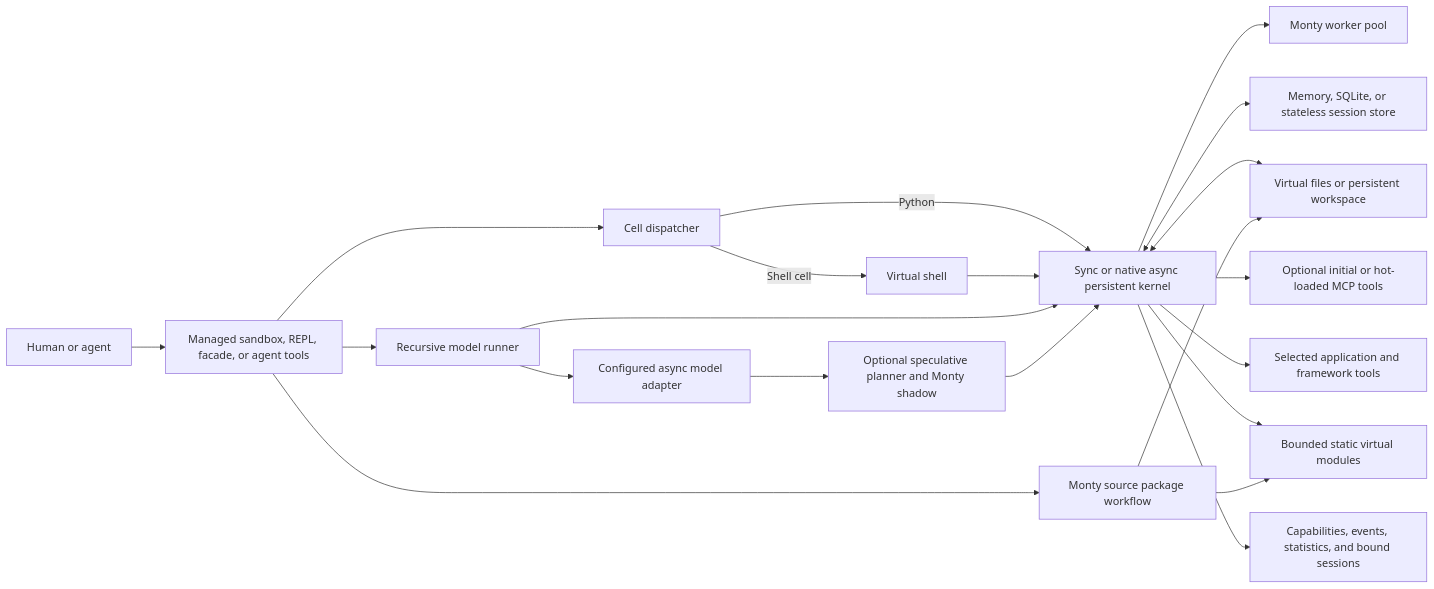
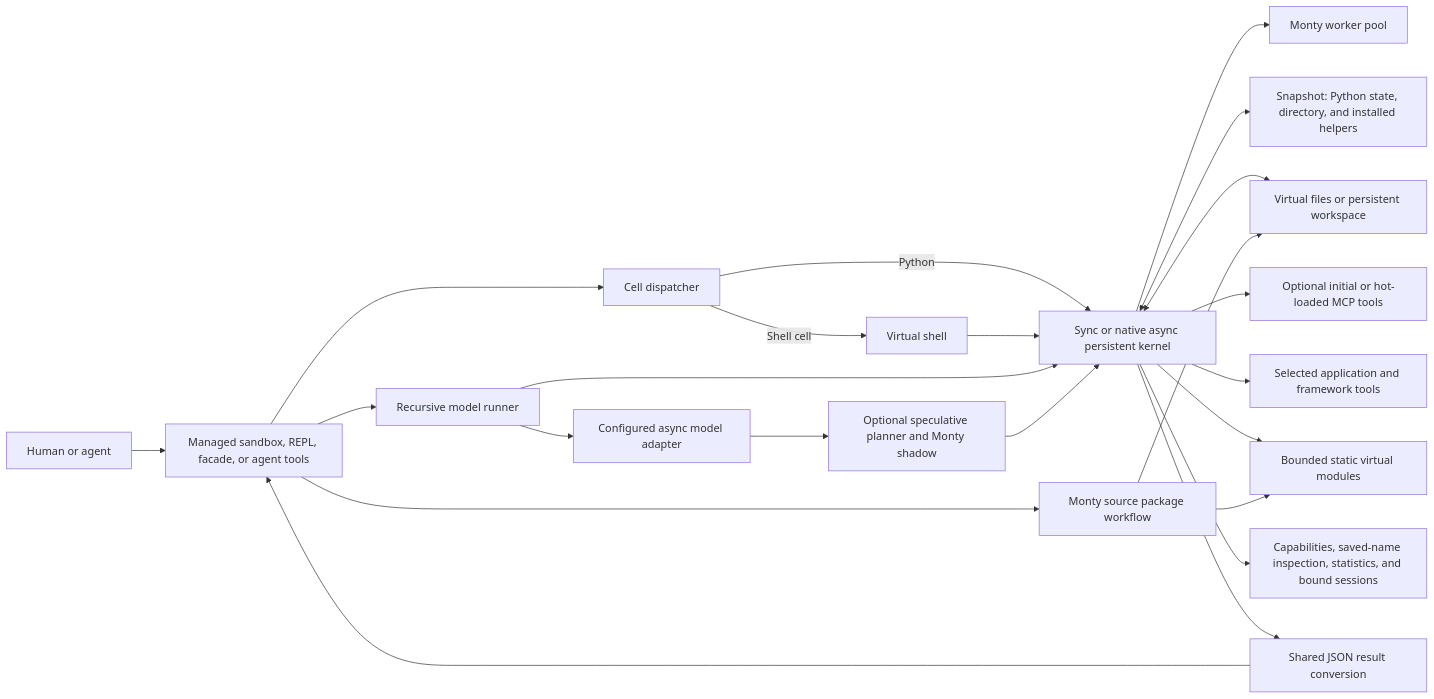
One commit to sgaseretto/arenero changed the first of 3 diagrams in README.md. Above: the diagram before and after it, drawn with Mermaid. The commit also changed other lines of this file and 26 other files, not shown here.

````diff
--- a/README.md
+++ b/README.md
@@ -18,23 +18,25 @@
 ```mermaid
 flowchart LR
     User["Human or agent"] --> Interface["Managed sandbox, REPL, facade, or agent tools"]
     Interface --> Cell["Cell dispatcher"]
     Cell -->|Python| Kernel["Sync or native async persistent kernel"]
     Cell -->|Shell cell| Shell["Virtual shell"]
     Shell --> Kernel
     Kernel --> Worker["Monty worker pool"]
-    Kernel <--> Store["Memory, SQLite, or stateless session store"]
+    Kernel <--> Store["Snapshot: Python state, directory, and installed helpers"]
     Kernel <--> Files["Virtual files or persistent workspace"]
     Kernel --> MCP["Optional initial or hot-loaded MCP tools"]
     Kernel --> Hosted["Selected application and framework tools"]
     Kernel --> Modules["Bounded static virtual modules"]
     Interface --> Packages["Monty source package workflow"]
     Packages --> Modules
     Packages --> Files
-    Kernel --> QoL["Capabilities, events, statistics, and bound sessions"]
+    Kernel --> QoL["Capabilities, saved-name inspection, statistics, and bound sessions"]
+    Kernel --> Result["Shared JSON result conversion"]
+    Result --> Interface
     Interface --> RLM["Recursive model runner"]
     RLM --> Kernel
     RLM --> Model["Configured async model adapter"]
     Model --> Spec["Optional speculative planner and Monty shadow"]
     Spec --> Kernel
 ```
````
